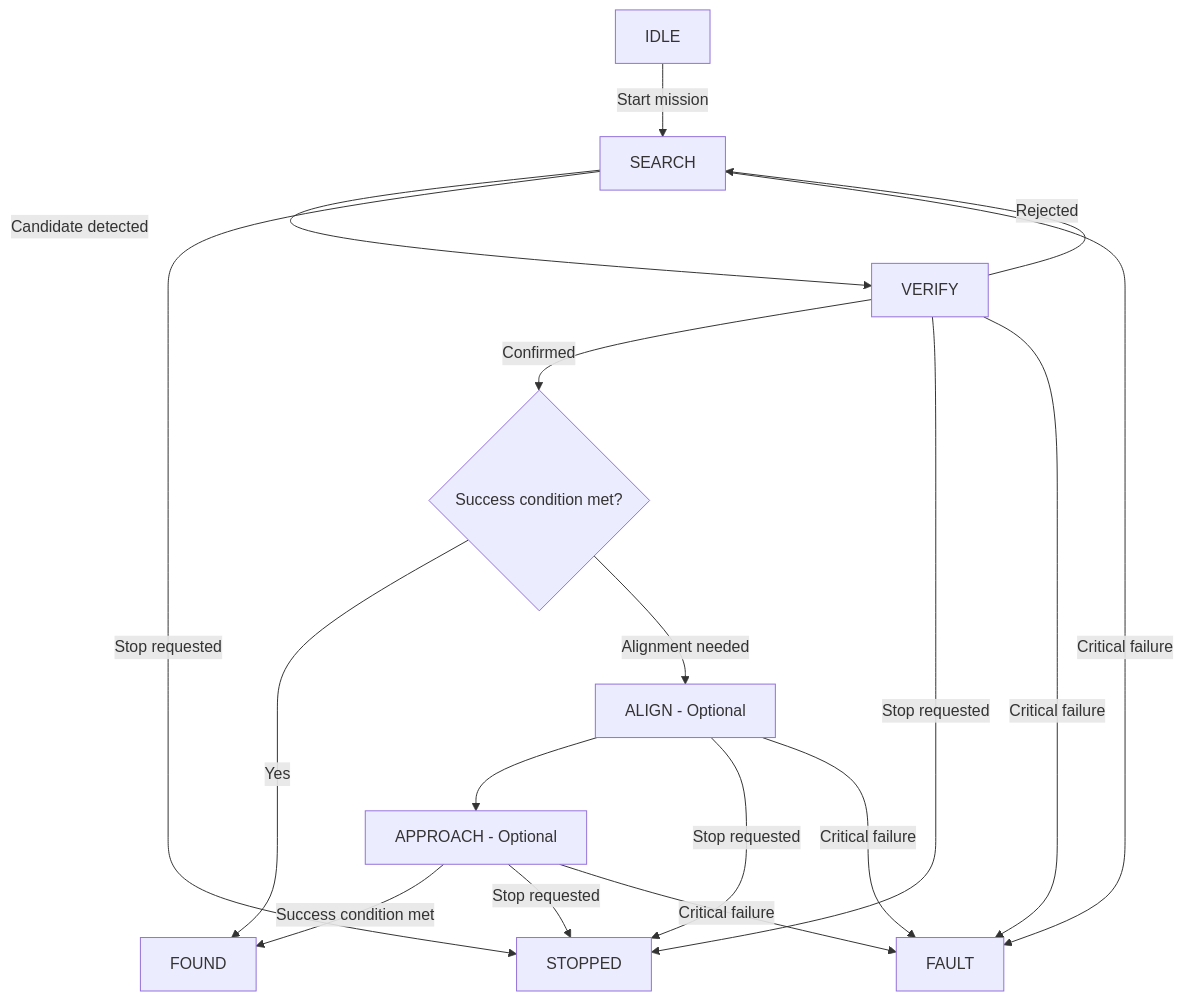
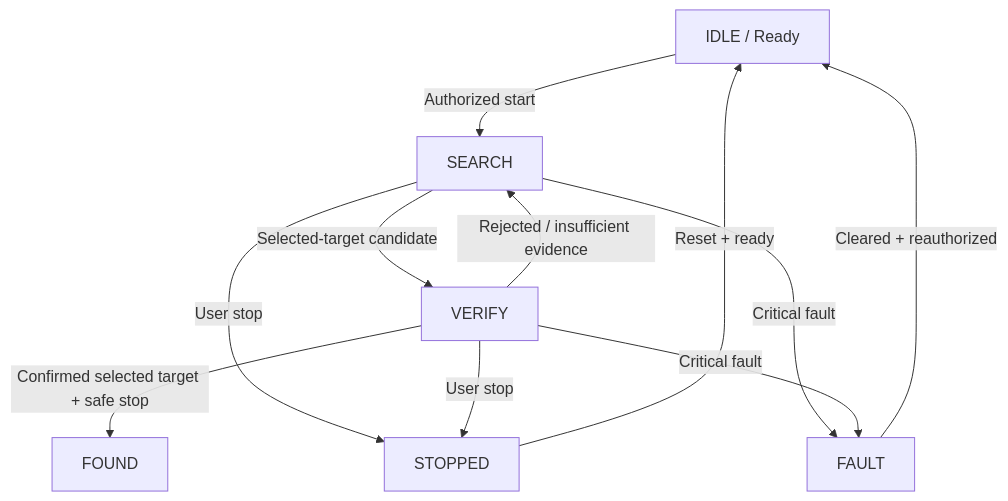
Before and after one commit to Wriskyzeus/SEEKR: the fifth of 5 diagrams in docs/learning-notes.md, drawn with Mermaid. The commit also changed other lines of this file, not shown here.

````diff
--- a/docs/learning-notes.md
+++ b/docs/learning-notes.md
@@ -1030,21 +947,13 @@
 ```mermaid
 flowchart TD
-    IDLE["IDLE"] -->|Start mission| SEARCH["SEARCH"]
-    SEARCH -->|Candidate detected| VERIFY["VERIFY"]
-    VERIFY -->|Rejected| SEARCH
-    VERIFY -->|Confirmed| SUCCESS{"Success condition met?"}
-    SUCCESS -->|Yes| FOUND["FOUND"]
-    SUCCESS -->|Alignment needed| ALIGN["ALIGN - Optional"]
-    ALIGN --> APPROACH["APPROACH - Optional"]
-    APPROACH -->|Success condition met| FOUND
-
-    SEARCH -->|Stop requested| STOPPED["STOPPED"]
-    VERIFY -->|Stop requested| STOPPED
-    ALIGN -->|Stop requested| STOPPED
-    APPROACH -->|Stop requested| STOPPED
-
-    SEARCH -->|Critical failure| FAULT["FAULT"]
-    VERIFY -->|Critical failure| FAULT
-    ALIGN -->|Critical failure| FAULT
-    APPROACH -->|Critical failure| FAULT
+    IDLE["IDLE / Ready"] -->|"Authorized start"| SEARCH["SEARCH"]
+    SEARCH -->|"Selected-target candidate"| VERIFY["VERIFY"]
+    VERIFY -->|"Rejected / insufficient evidence"| SEARCH
+    VERIFY -->|"Confirmed selected target + safe stop"| FOUND["FOUND"]
+    SEARCH -->|"User stop"| STOPPED["STOPPED"]
+    VERIFY -->|"User stop"| STOPPED
+    SEARCH -->|"Critical fault"| FAULT["FAULT"]
+    VERIFY -->|"Critical fault"| FAULT
+    STOPPED -->|"Reset + ready"| IDLE
+    FAULT -->|"Cleared + reauthorized"| IDLE
 ```
````
